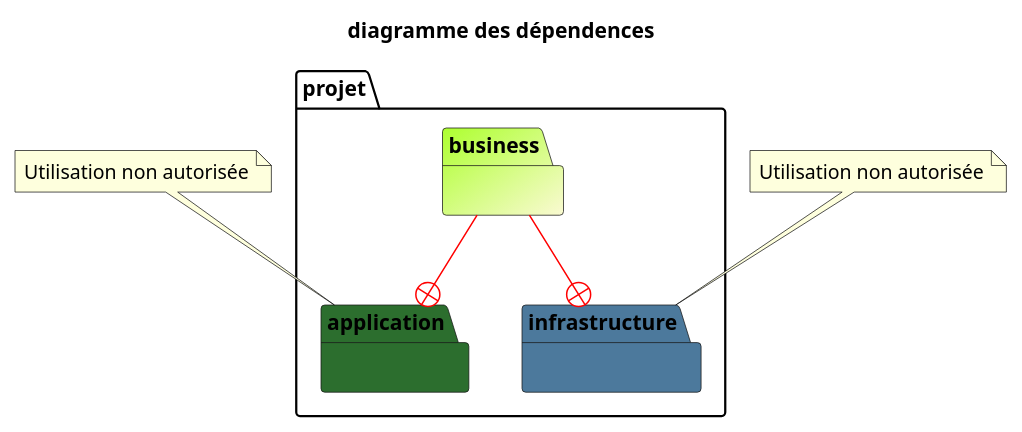
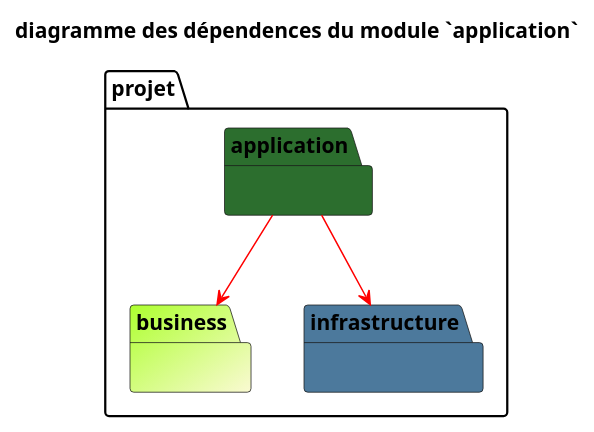
One commit to stef38-code/structureProjet changed the diagram in images/dia_dep_business.puml. Above: the diagram before and after it, drawn with PlantUML. The commit also changed 4 other files, not shown here.

```diff
--- a/images/dia_dep_business.puml
+++ b/images/dia_dep_business.puml
@@ -1,22 +1,16 @@
 @startuml
-title diagramme des dépendences
+title diagramme des dépendences du module `application`
 package projet{
 package projet.business #GreenYellow/LightGoldenRodYellow {
 
 }
 package projet.application #2C6E2E {
 
 }
 package projet.infrastructure #4C799C {
 
 }
 }
-projet.business -[#red]-+ projet.application
-projet.business -[#red]-+ projet.infrastructure
-note top of projet.application
-Utilisation non autorisée
-end note
-note top of projet.infrastructure
-Utilisation non autorisée
-end note
+projet.application -[#red]-> projet.business
+projet.application -[#red]-> projet.infrastructure
 @enduml
```
